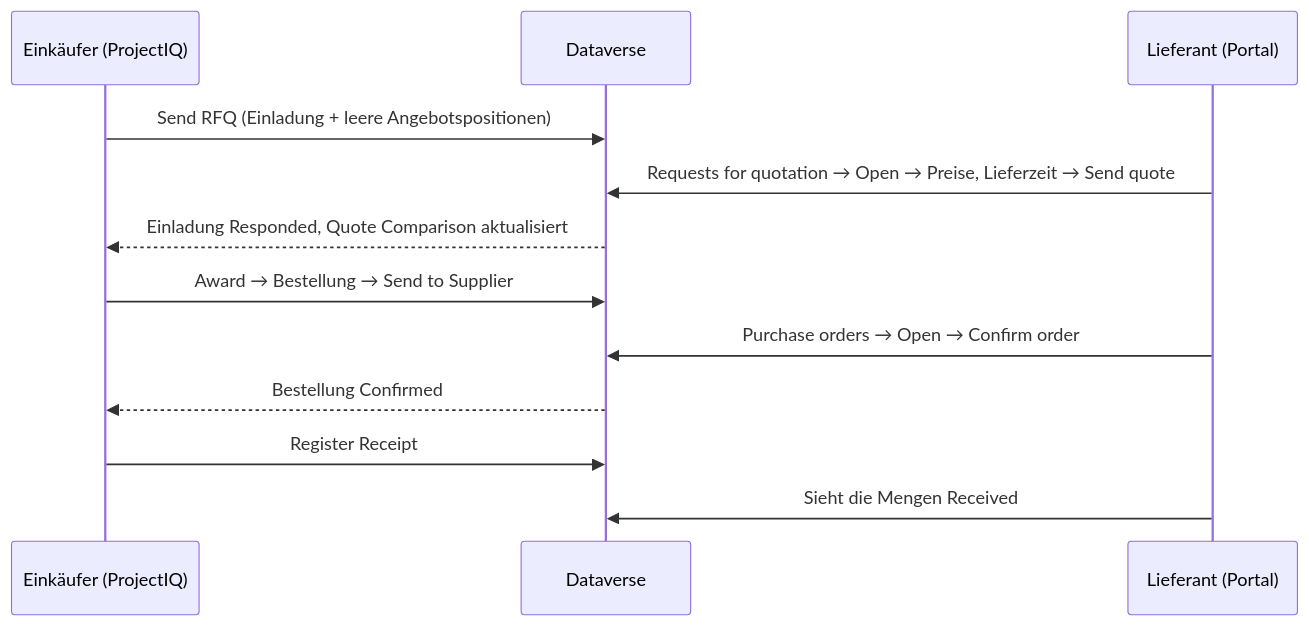
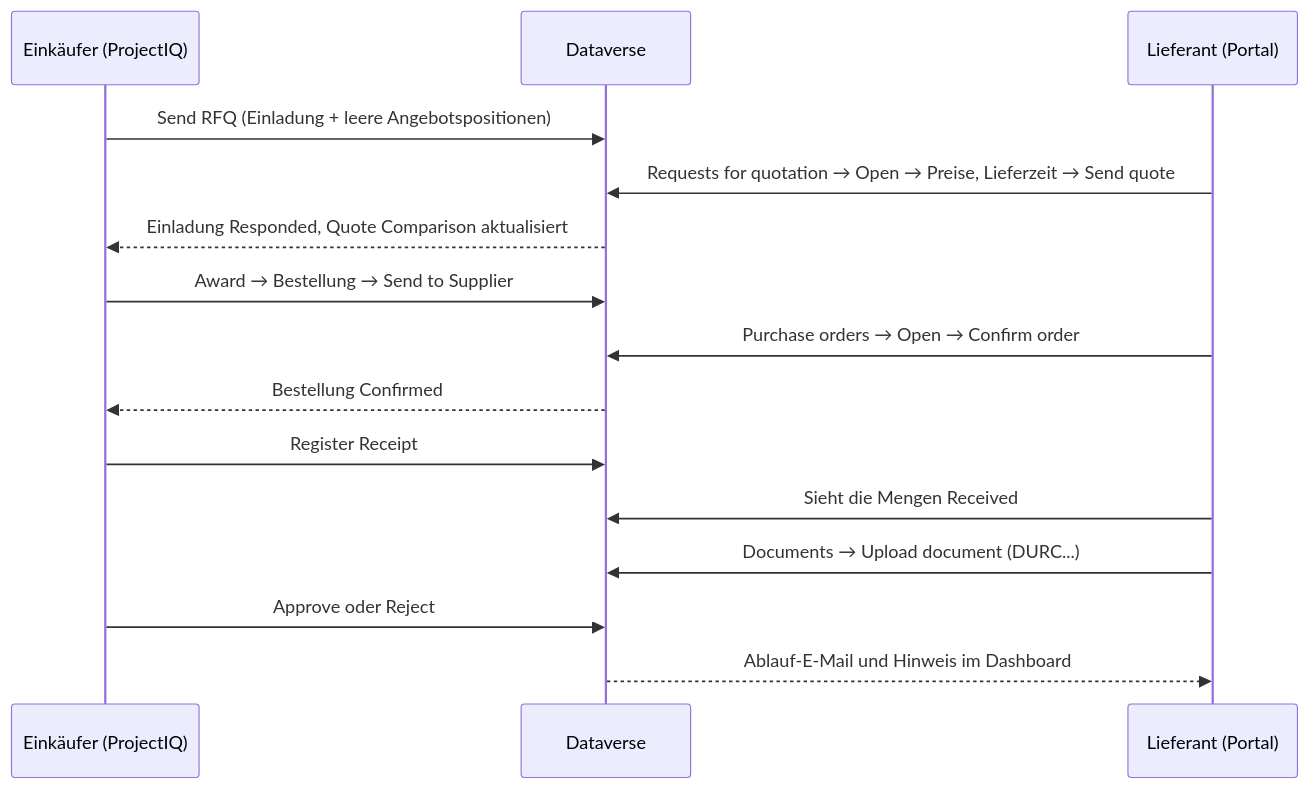
The diagram in docs/de/supplier-portal.md (Power-Builders-Italia/ProjectIQ), drawn with Mermaid before and after one commit. The commit also changed other lines of this file and 112 other files, not shown here.

````diff
--- a/docs/de/supplier-portal.md
+++ b/docs/de/supplier-portal.md
@@ -18,14 +20,17 @@
 ```mermaid
 sequenceDiagram
     participant B as Einkäufer (ProjectIQ)
     participant DV as Dataverse
     participant S as Lieferant (Portal)
     B->>DV: Send RFQ (Einladung + leere Angebotspositionen)
     S->>DV: Requests for quotation → Open → Preise, Lieferzeit → Send quote
     DV-->>B: Einladung Responded, Quote Comparison aktualisiert
     B->>DV: Award → Bestellung → Send to Supplier
     S->>DV: Purchase orders → Open → Confirm order
     DV-->>B: Bestellung Confirmed
     B->>DV: Register Receipt
     S->>DV: Sieht die Mengen Received
+    S->>DV: Documents → Upload document (DURC...)
+    B->>DV: Approve oder Reject
+    DV-->>S: Ablauf-E-Mail und Hinweis im Dashboard
 ```
````
